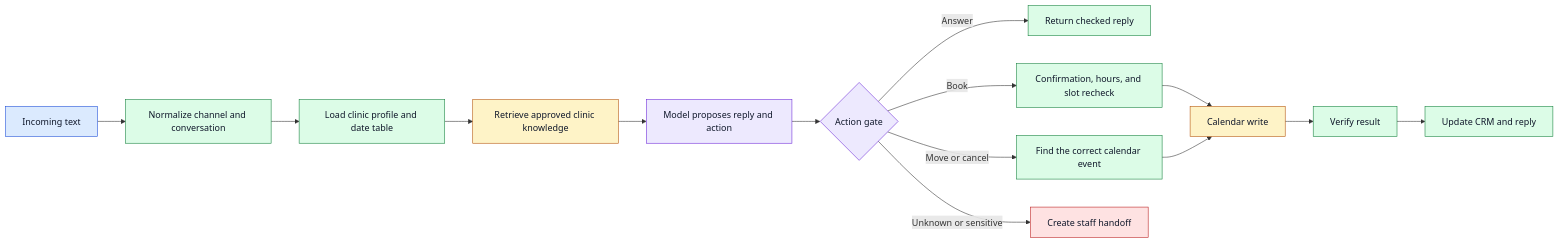
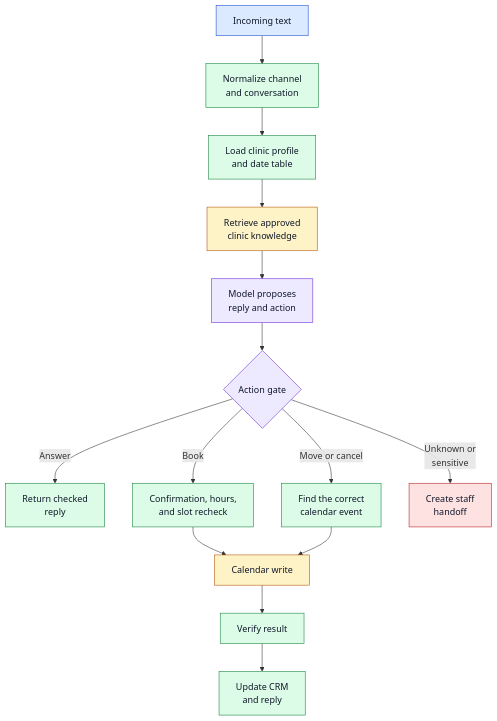
Before and after one commit to a3s5jj/clinic-ai-frontdesk-case-study: the diagram in README.md, drawn with Mermaid.

Commit message:
Make README diagram readable at GitHub width
GitHub scales a README diagram down to fit a column about 823px wide.
Drawn left to right, this one was 2745px across, so it shrank to 30%
and its labels rendered at roughly 5px against 16px body text.

Top-down alone was not enough here, because the four-way branch under
the action gate stays wide. Ten long labels now carry a line break,
which brings the drawing to 868px and lets it render at 95%.

````diff
--- a/README.md
+++ b/README.md
@@ -23,27 +23,27 @@
 ```mermaid
-flowchart LR
-  A[Incoming text] --> B[Normalize channel and conversation]
-  B --> C[Load clinic profile and date table]
-  C --> D[Retrieve approved clinic knowledge]
-  D --> E[Model proposes reply and action]
+flowchart TD
+  A[Incoming text] --> B[Normalize channel<br/>and conversation]
+  B --> C[Load clinic profile<br/>and date table]
+  C --> D[Retrieve approved<br/>clinic knowledge]
+  D --> E[Model proposes<br/>reply and action]
   E --> F{Action gate}
-  F -->|Answer| G[Return checked reply]
-  F -->|Book| H[Confirmation, hours, and slot recheck]
-  F -->|Move or cancel| I[Find the correct calendar event]
-  F -->|Unknown or sensitive| J[Create staff handoff]
+  F -->|Answer| G[Return checked<br/>reply]
+  F -->|Book| H[Confirmation, hours,<br/>and slot recheck]
+  F -->|Move or cancel| I[Find the correct<br/>calendar event]
+  F -->|Unknown or<br/>sensitive| J[Create staff<br/>handoff]
   H --> K[Calendar write]
   I --> K
   K --> L[Verify result]
-  L --> M[Update CRM and reply]
+  L --> M[Update CRM<br/>and reply]
 
   classDef entry fill:#dbeafe,stroke:#1d4ed8,color:#0f172a
   classDef ai fill:#ede9fe,stroke:#6d28d9,color:#0f172a
   classDef logic fill:#dcfce7,stroke:#15803d,color:#0f172a
   classDef ext fill:#fef3c7,stroke:#b45309,color:#0f172a
   classDef stop fill:#fee2e2,stroke:#b91c1c,color:#0f172a
   class A entry
   class E,F ai
   class B,C,G,H,I,L,M logic
   class D,K ext
   class J stop
 ```
````
